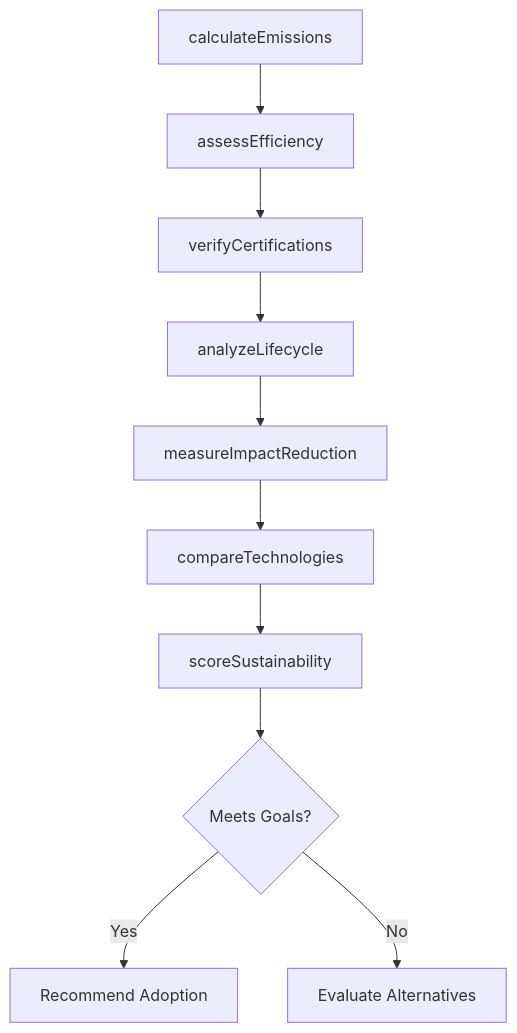
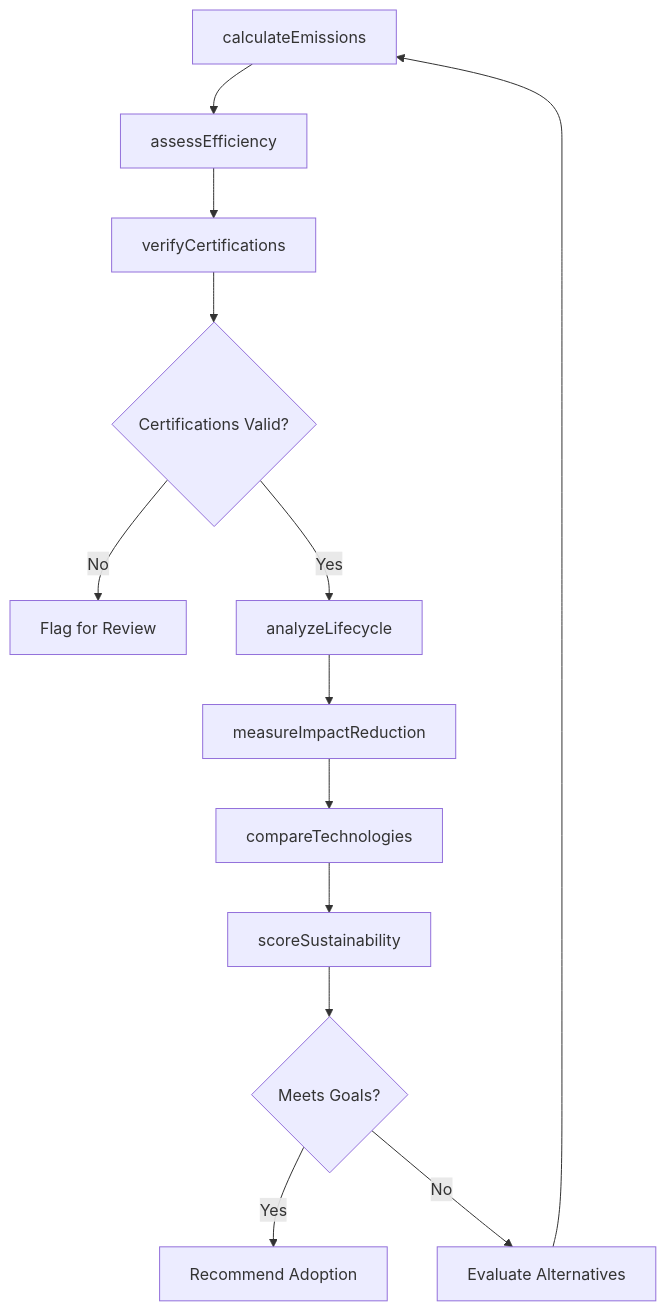
The third of 4 diagrams in JudgingTheQualitiesOfObjectsServicesOrPeople/EvaluateTheCharacteristicsUsefulnessOrPerformanceOfProductsOrTechnologies/EvaluateCharacteristicsGreenTechnologies.mdx (dot-org-ai/tasks.org.ai), drawn with Mermaid before and after one commit. The commit also changed other lines of this file and 307 other files, not shown here.

First line of the commit message:
feat: Add ER diagrams and state diagrams to remaining 308 DWA task files (wave 3 complete)

````diff
--- a/JudgingTheQualitiesOfObjectsServicesOrPeople/EvaluateTheCharacteristicsUsefulnessOrPerformanceOfProductsOrTechnologies/EvaluateCharacteristicsGreenTechnologies.mdx
+++ b/JudgingTheQualitiesOfObjectsServicesOrPeople/EvaluateTheCharacteristicsUsefulnessOrPerformanceOfProductsOrTechnologies/EvaluateCharacteristicsGreenTechnologies.mdx
@@ -87,12 +114,15 @@
 ```mermaid
 graph TD
     A[calculateEmissions] --> B[assessEfficiency]
     B --> C[verifyCertifications]
-    C --> D[analyzeLifecycle]
-    D --> E[measureImpactReduction]
-    E --> F[compareTechnologies]
-    F --> G[scoreSustainability]
-    G --> H{Meets Goals?}
-    H -->|Yes| I[Recommend Adoption]
-    H -->|No| J[Evaluate Alternatives]
+    C --> D{Certifications Valid?}
+    D -->|No| E[Flag for Review]
+    D -->|Yes| F[analyzeLifecycle]
+    F --> G[measureImpactReduction]
+    G --> H[compareTechnologies]
+    H --> I[scoreSustainability]
+    I --> J{Meets Goals?}
+    J -->|Yes| K[Recommend Adoption]
+    J -->|No| L[Evaluate Alternatives]
+    L --> A
 ```
````
